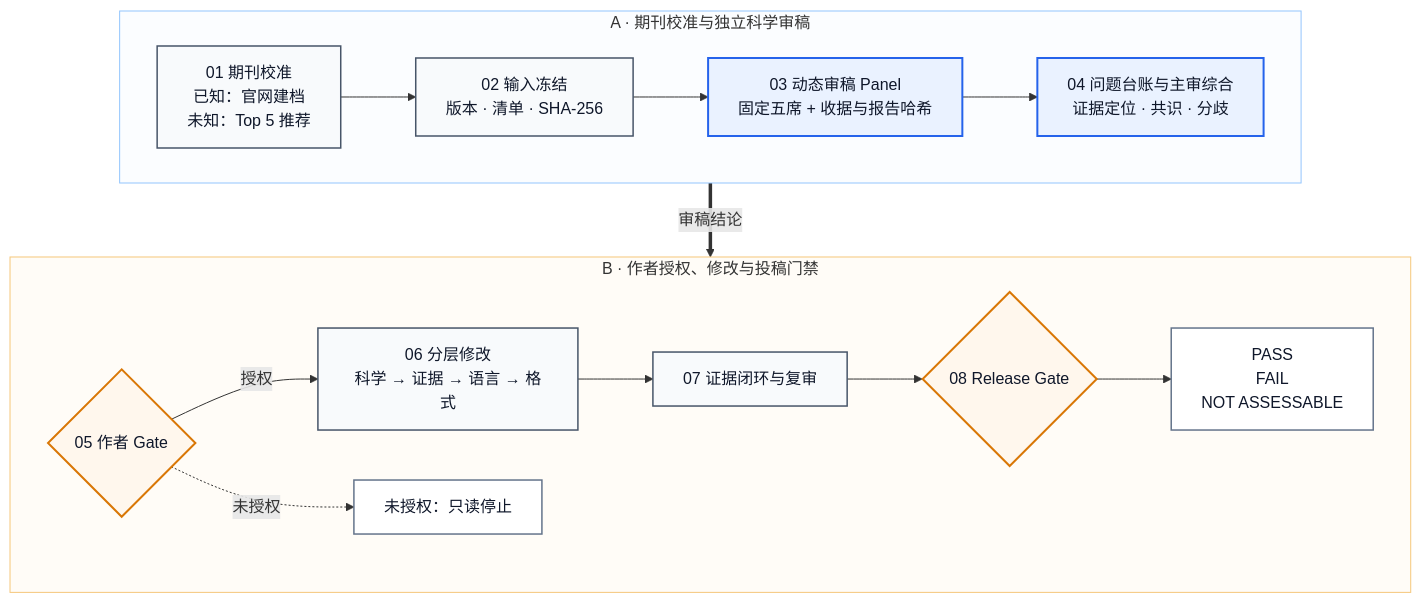
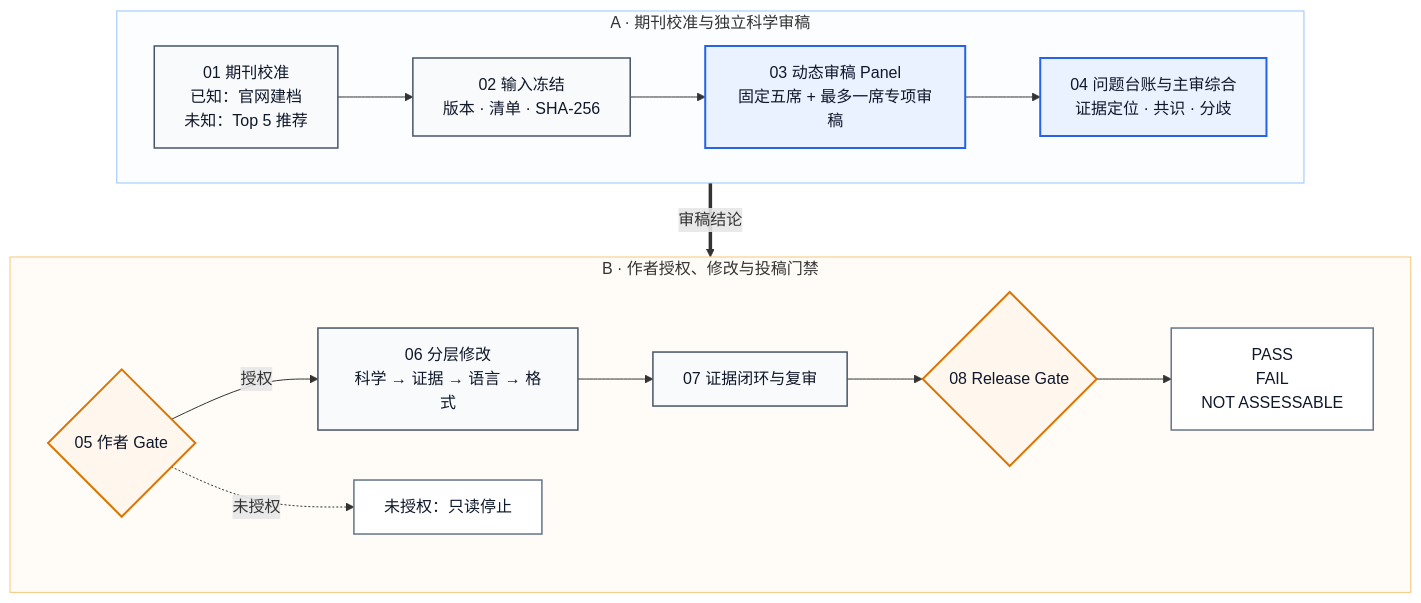
Before and after one commit to Jameslxr/manuscript-review-revision-skill: the first of 2 diagrams in docs/ARCHITECTURE.md, drawn with Mermaid. The commit also changed other lines of this file and 75 other files, not shown here.

````diff
--- a/docs/ARCHITECTURE.md
+++ b/docs/ARCHITECTURE.md
@@ -13,37 +13,37 @@
 ```mermaid
 flowchart TB
     subgraph REVIEW["A · 期刊校准与独立科学审稿"]
         direction LR
         J1["01 期刊校准<br/>已知：官网建档<br/>未知：Top 5 推荐"]
         J2["02 输入冻结<br/>版本 · 清单 · SHA-256"]
-        J3["03 动态审稿 Panel<br/>固定五席 + 收据与报告哈希"]
+        J3["03 动态审稿 Panel<br/>固定五席 + 最多一席专项审稿"]
         J4["04 问题台账与主审综合<br/>证据定位 · 共识 · 分歧"]
         J1 --> J2 --> J3 --> J4
     end
 
     subgraph REVISION["B · 作者授权、修改与投稿门禁"]
         direction LR
         J5{"05 作者 Gate"}
         J6["06 分层修改<br/>科学 → 证据 → 语言 → 格式"]
         J7["07 证据闭环与复审"]
         J8{"08 Release Gate"}
         OUT["PASS<br/>FAIL<br/>NOT ASSESSABLE"]
         STOP["未授权：只读停止"]
         J5 -- "授权" --> J6 --> J7 --> J8 --> OUT
         J5 -. "未授权" .-> STOP
     end
 
     REVIEW ==>|审稿结论| REVISION
 
     classDef phase fill:#F8FAFC,stroke:#475569,stroke-width:1.5px,color:#0F172A;
     classDef review fill:#EAF2FF,stroke:#2563EB,stroke-width:2px,color:#0F172A;
     classDef gate fill:#FFF7ED,stroke:#D97706,stroke-width:2px,color:#0F172A;
     classDef terminal fill:#FFFFFF,stroke:#64748B,stroke-width:1.5px,color:#0F172A;
 
     class J1,J2,J6,J7 phase;
     class J3,J4 review;
     class J5,J8 gate;
     class OUT,STOP terminal;
     style REVIEW fill:#FBFDFF,stroke:#93C5FD,stroke-width:1px
     style REVISION fill:#FFFCF7,stroke:#F5C77A,stroke-width:1px
 ```
````
